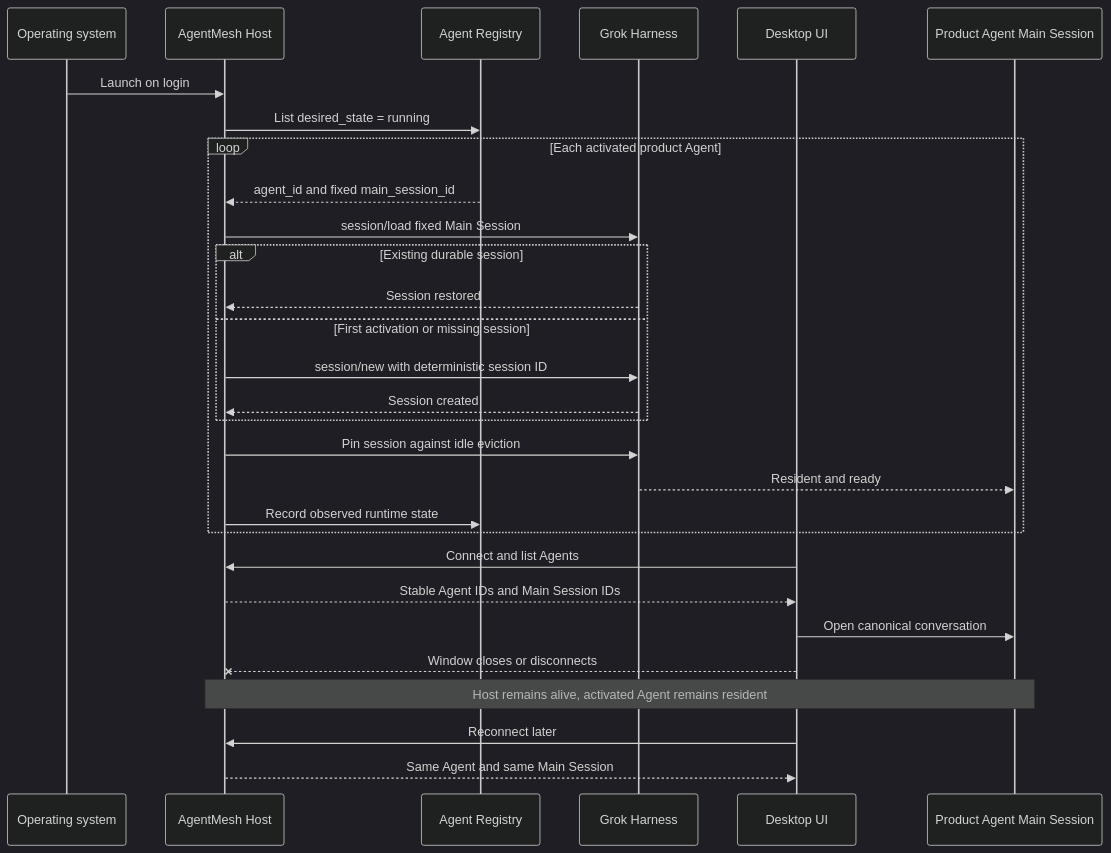
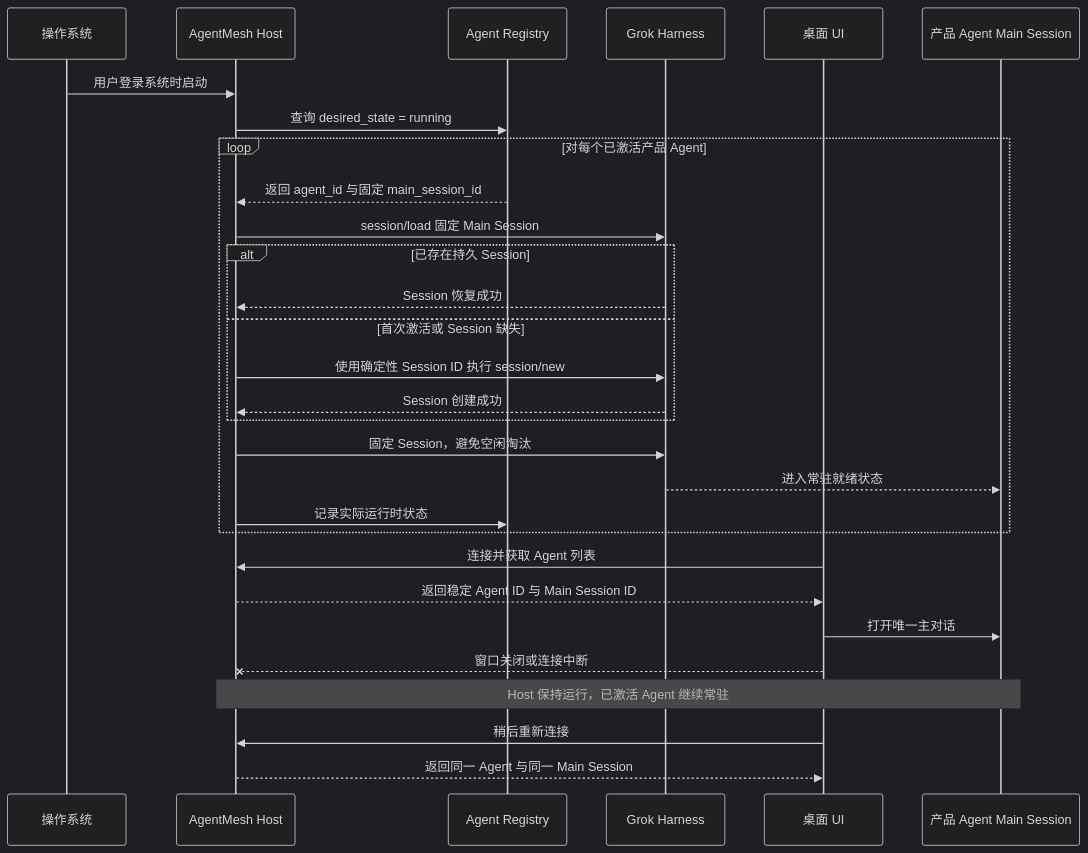
Before and after one commit to jiyangnan/AgentMesh360-Client: the fifth of 8 diagrams in docs/architecture/PRODUCT_BLUEPRINT.md, drawn with Mermaid (dark theme). The commit also changed other lines of this file and 2 other files, not shown here.

Commit message:
docs: translate product blueprint to Chinese

````diff
--- a/docs/architecture/PRODUCT_BLUEPRINT.md
+++ b/docs/architecture/PRODUCT_BLUEPRINT.md
@@ -272,32 +268,32 @@
 ```mermaid
 sequenceDiagram
-    participant OS as Operating system
+    participant OS as 操作系统
     participant Host as AgentMesh Host
     participant Registry as Agent Registry
     participant Grok as Grok Harness
-    participant UI as Desktop UI
-    participant Agent as Product Agent Main Session
+    participant UI as 桌面 UI
+    participant Agent as 产品 Agent Main Session
 
-    OS->>Host: Launch on login
-    Host->>Registry: List desired_state = running
-    loop Each activated product Agent
-        Registry-->>Host: agent_id and fixed main_session_id
-        Host->>Grok: session/load fixed Main Session
-        alt Existing durable session
-            Grok-->>Host: Session restored
-        else First activation or missing session
-            Host->>Grok: session/new with deterministic session ID
-            Grok-->>Host: Session created
+    OS->>Host: 用户登录系统时启动
+    Host->>Registry: 查询 desired_state = running
+    loop 对每个已激活产品 Agent
+        Registry-->>Host: 返回 agent_id 与固定 main_session_id
+        Host->>Grok: session/load 固定 Main Session
+        alt 已存在持久 Session
+            Grok-->>Host: Session 恢复成功
+        else 首次激活或 Session 缺失
+            Host->>Grok: 使用确定性 Session ID 执行 session/new
+            Grok-->>Host: Session 创建成功
         end
-        Host->>Grok: Pin session against idle eviction
-        Grok-->>Agent: Resident and ready
-        Host->>Registry: Record observed runtime state
+        Host->>Grok: 固定 Session，避免空闲淘汰
+        Grok-->>Agent: 进入常驻就绪状态
+        Host->>Registry: 记录实际运行时状态
     end
-    UI->>Host: Connect and list Agents
-    Host-->>UI: Stable Agent IDs and Main Session IDs
-    UI->>Agent: Open canonical conversation
-    UI--xHost: Window closes or disconnects
-    Note over Host,Agent: Host remains alive, activated Agent remains resident
-    UI->>Host: Reconnect later
-    Host-->>UI: Same Agent and same Main Session
+    UI->>Host: 连接并获取 Agent 列表
+    Host-->>UI: 返回稳定 Agent ID 与 Main Session ID
+    UI->>Agent: 打开唯一主对话
+    UI--xHost: 窗口关闭或连接中断
+    Note over Host,Agent: Host 保持运行，已激活 Agent 继续常驻
+    UI->>Host: 稍后重新连接
+    Host-->>UI: 返回同一 Agent 与同一 Main Session
 ```
````
